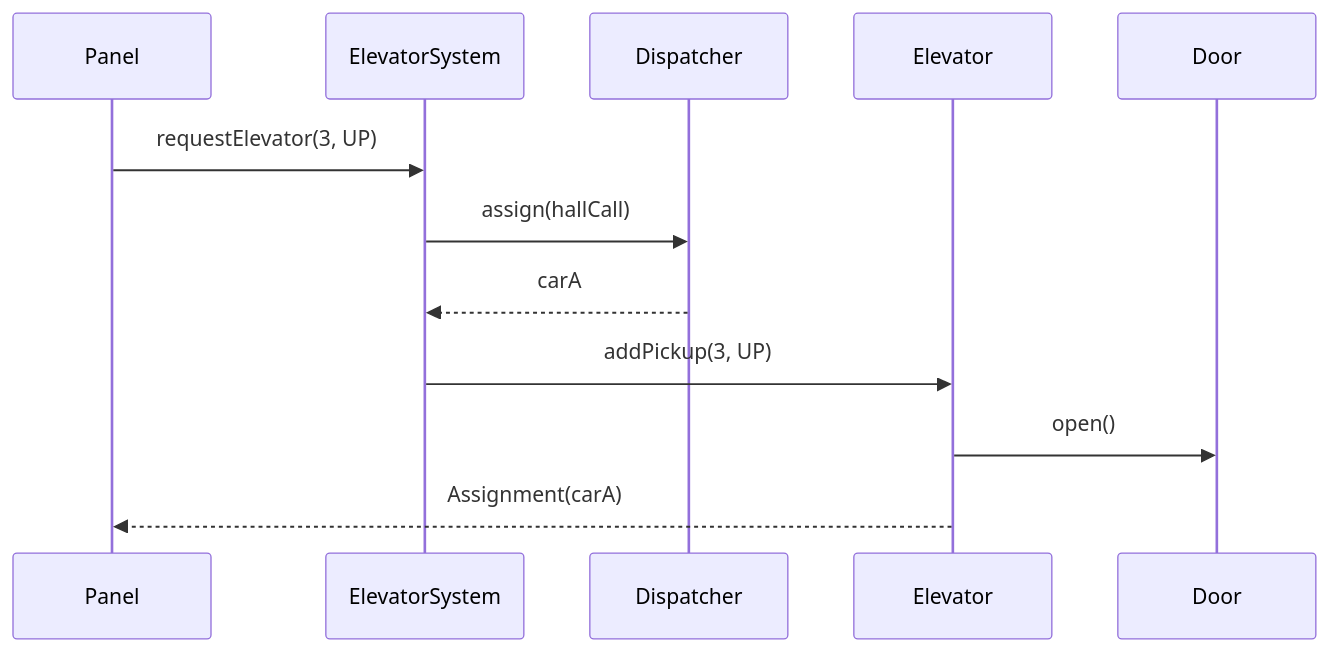
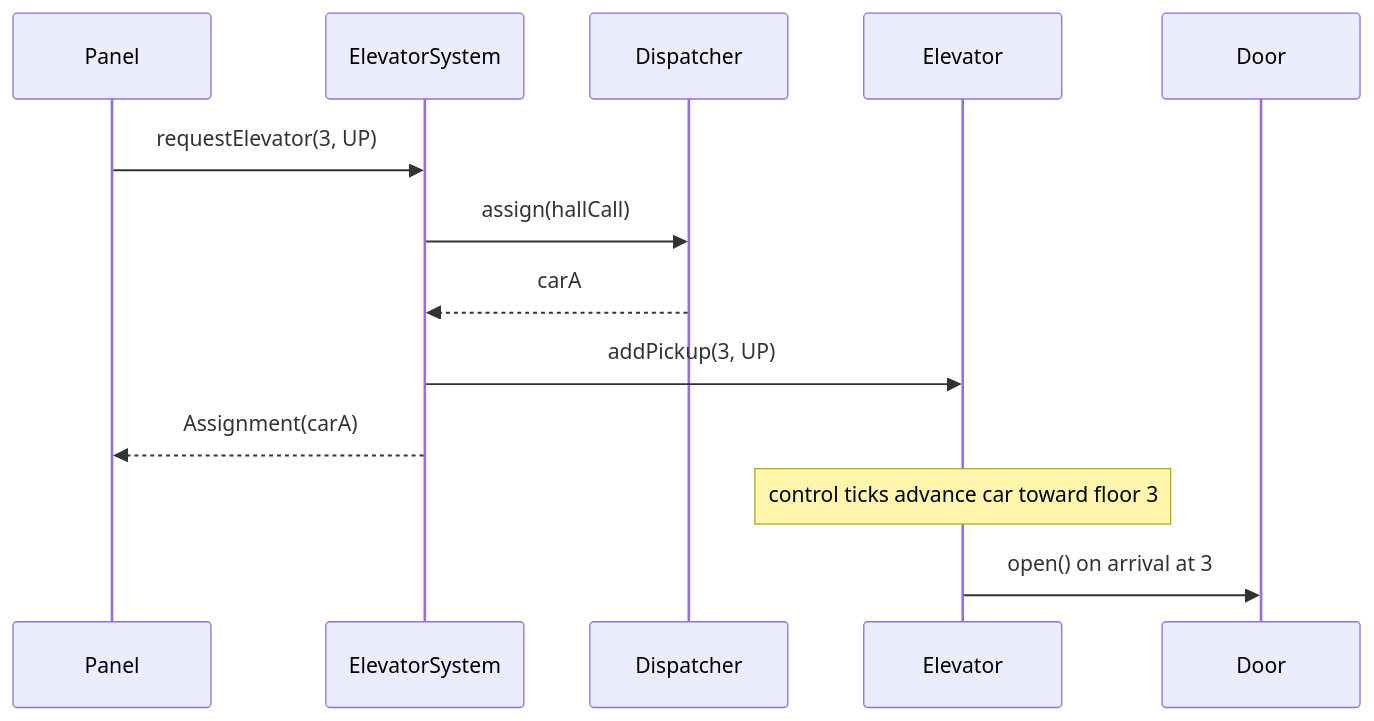
One commit to Anilinfo2015/anilinfo2015.github.io changed the second of 3 diagrams in low-level-design/elevator-system.md. Above: the diagram before and after it, drawn with Mermaid. The commit also changed 13 other files, not shown here.

````diff
--- a/low-level-design/elevator-system.md
+++ b/low-level-design/elevator-system.md
@@ -115,14 +115,15 @@
 ```mermaid
 sequenceDiagram
     participant P as Panel
     participant ES as ElevatorSystem
     participant D as Dispatcher
     participant E as Elevator
     participant Door
     P->>ES: requestElevator(3, UP)
     ES->>D: assign(hallCall)
     D-->>ES: carA
     ES->>E: addPickup(3, UP)
-    E->>Door: open()
-    E-->>P: Assignment(carA)
+    ES-->>P: Assignment(carA)
+    Note over E: control ticks advance car toward floor 3
+    E->>Door: open() on arrival at 3
 ```
````
